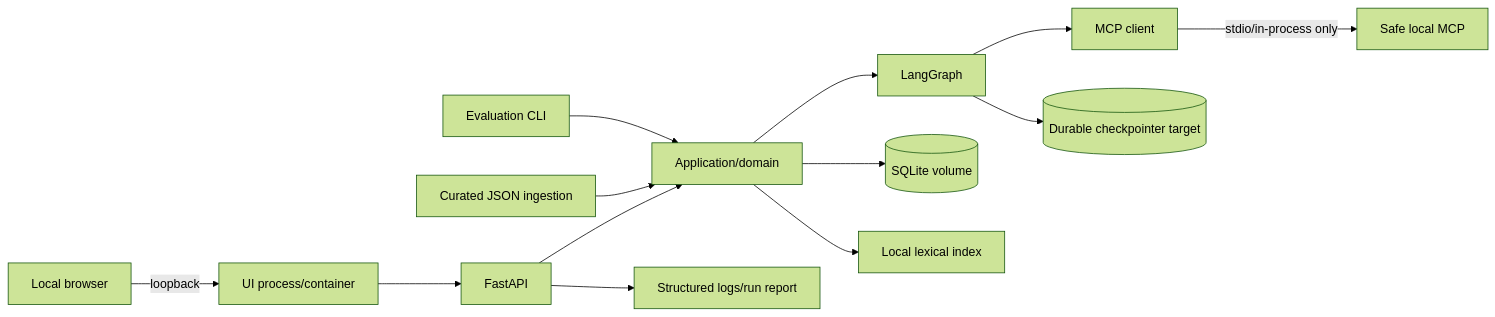
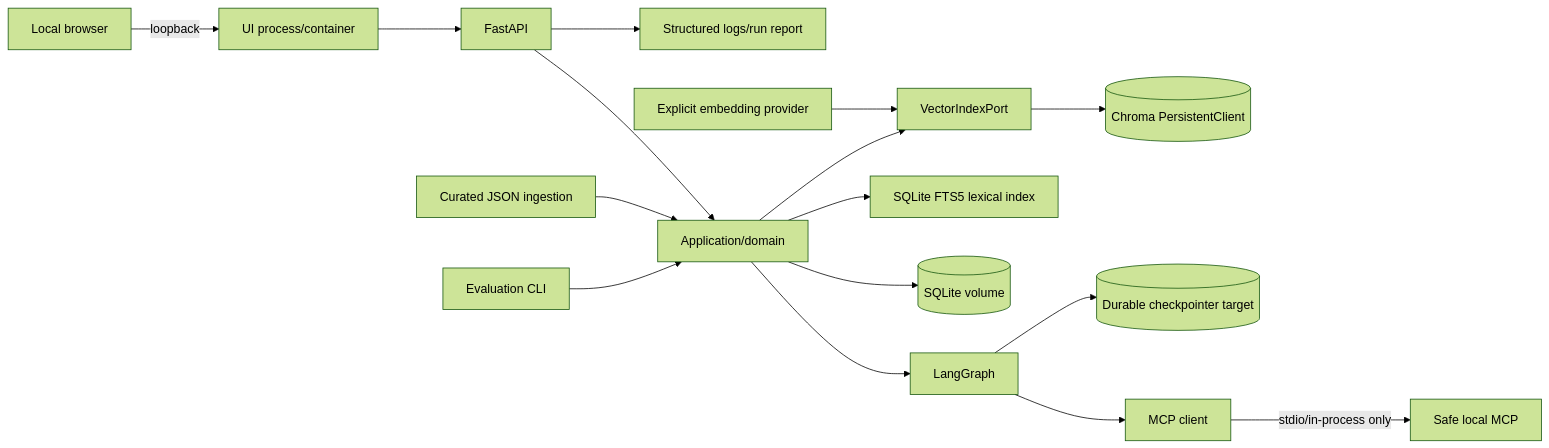
Before and after one commit to ConTresillo/refundflow: the sixth of 6 diagrams in docs/architecture/LLD.md, drawn with Mermaid (forest theme). The commit also changed other lines of this file and 3 other files, not shown here.

Commit message:
docs: record SQLite and Chroma storage boundary

````diff
--- a/docs/architecture/LLD.md
+++ b/docs/architecture/LLD.md
@@ -185,15 +191,18 @@
 ```mermaid
 flowchart LR
   Browser[Local browser] -->|loopback| UI[UI process/container]
   UI --> API[FastAPI]
   API --> App[Application/domain]
   App --> Graph[LangGraph]
   Graph --> MCP[MCP client]
   MCP -->|stdio/in-process only| Server[Safe local MCP]
   App --> DB[(SQLite volume)]
   Graph --> CP[(Durable checkpointer target)]
   Ingest[Curated JSON ingestion] --> App
-  App --> Lexical[Local lexical index]
+  App --> Lexical[SQLite FTS5 lexical index]
+  App --> VectorPort[VectorIndexPort]
+  VectorPort --> Chroma[(Chroma PersistentClient)]
+  Embed[Explicit embedding provider] --> VectorPort
   Eval[Evaluation CLI] --> App
   API --> Logs[Structured logs/run report]
 ```
````
